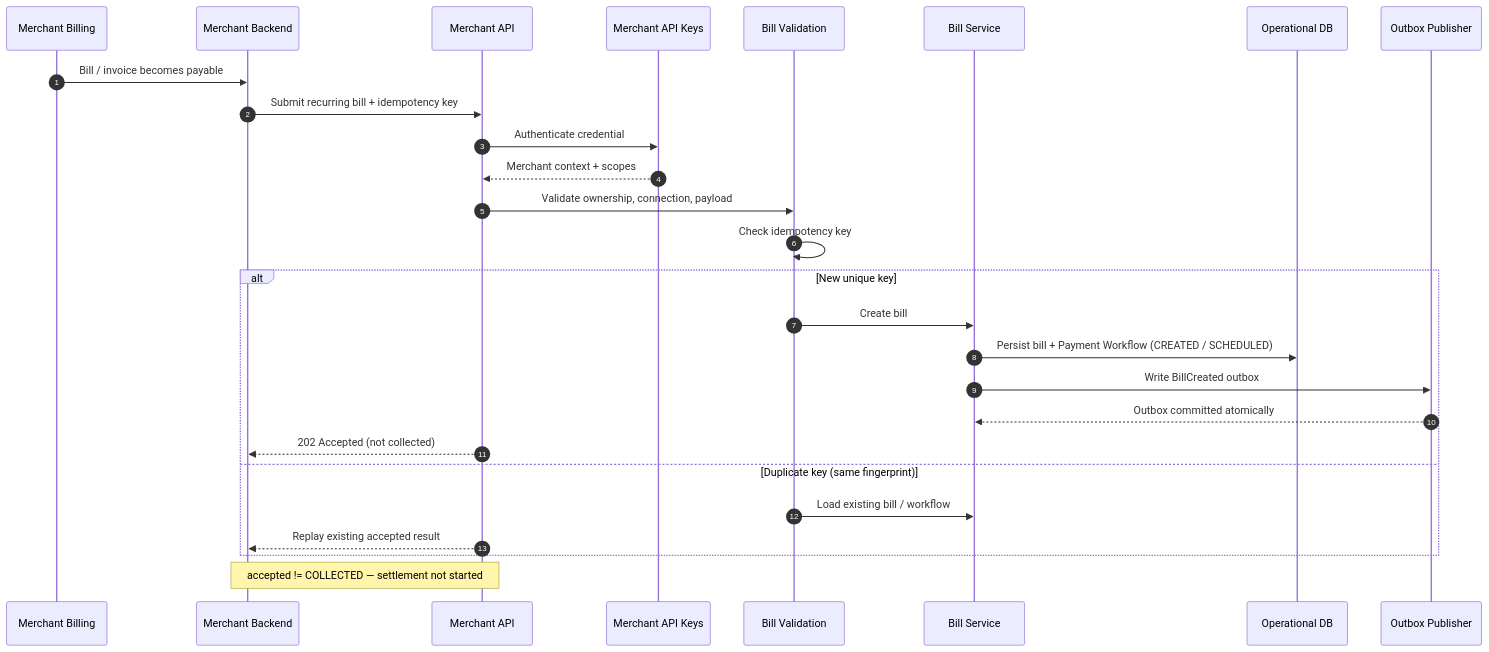
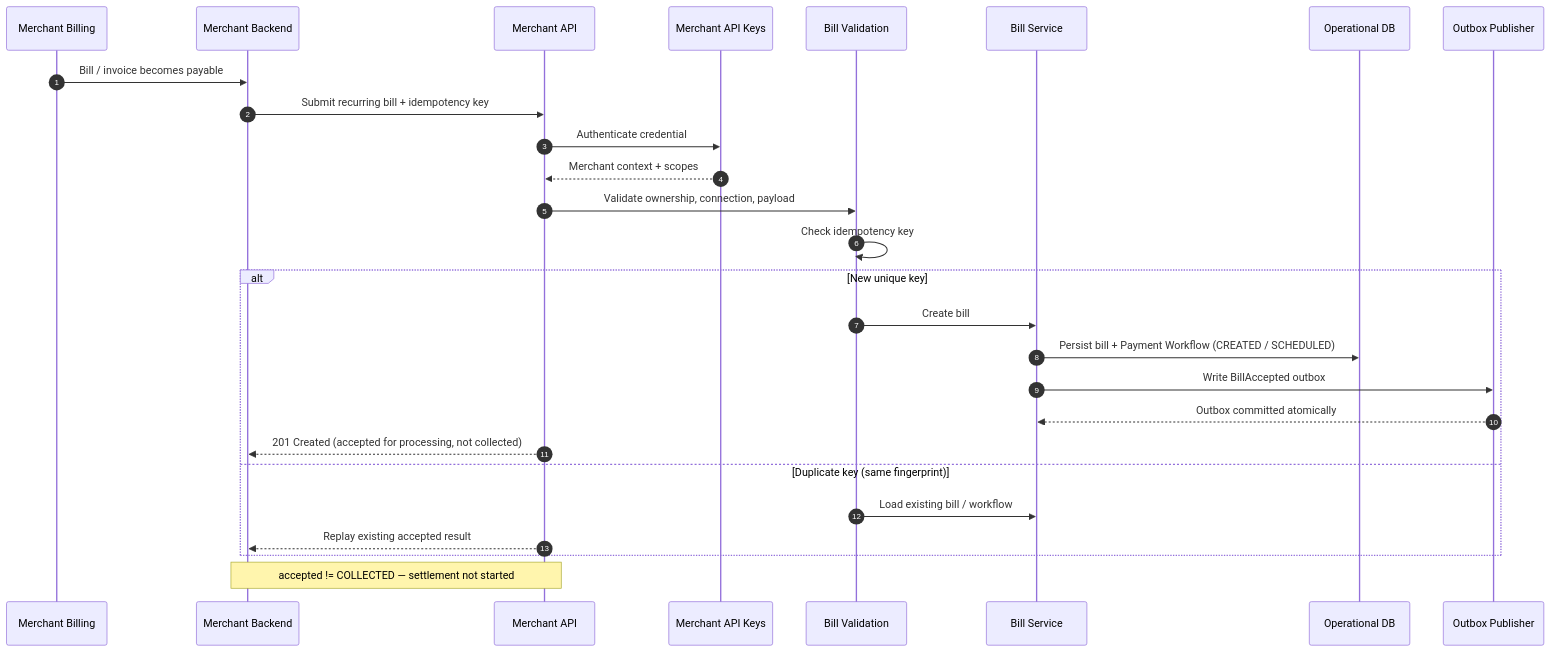
The diagram in docs/design/payments/bill-ingestion.md (MR0808/sparelane-architecture), drawn with Mermaid before and after one commit. The commit also changed other lines of this file and 26 other files, not shown here.

````diff
--- a/docs/design/payments/bill-ingestion.md
+++ b/docs/design/payments/bill-ingestion.md
@@ -37,32 +37,32 @@
 ```mermaid
 sequenceDiagram
     autonumber
     participant MB as Merchant Billing
     participant MBE as Merchant Backend
     participant API as Merchant API
     participant Auth as Merchant API Keys
     participant Val as Bill Validation
     participant BS as Bill Service
     participant ODB as Operational DB
     participant OB as Outbox Publisher
 
     MB->>MBE: Bill / invoice becomes payable
     MBE->>API: Submit recurring bill + idempotency key
     API->>Auth: Authenticate credential
     Auth-->>API: Merchant context + scopes
     API->>Val: Validate ownership, connection, payload
     Val->>Val: Check idempotency key
 
     alt New unique key
         Val->>BS: Create bill
         BS->>ODB: Persist bill + Payment Workflow (CREATED / SCHEDULED)
-        BS->>OB: Write BillCreated outbox
+        BS->>OB: Write BillAccepted outbox
         OB-->>BS: Outbox committed atomically
-        API-->>MBE: 202 Accepted (not collected)
+        API-->>MBE: 201 Created (accepted for processing, not collected)
     else Duplicate key (same fingerprint)
         Val->>BS: Load existing bill / workflow
         API-->>MBE: Replay existing accepted result
     end
 
     Note over API,MBE: accepted != COLLECTED — settlement not started
 ```
````
